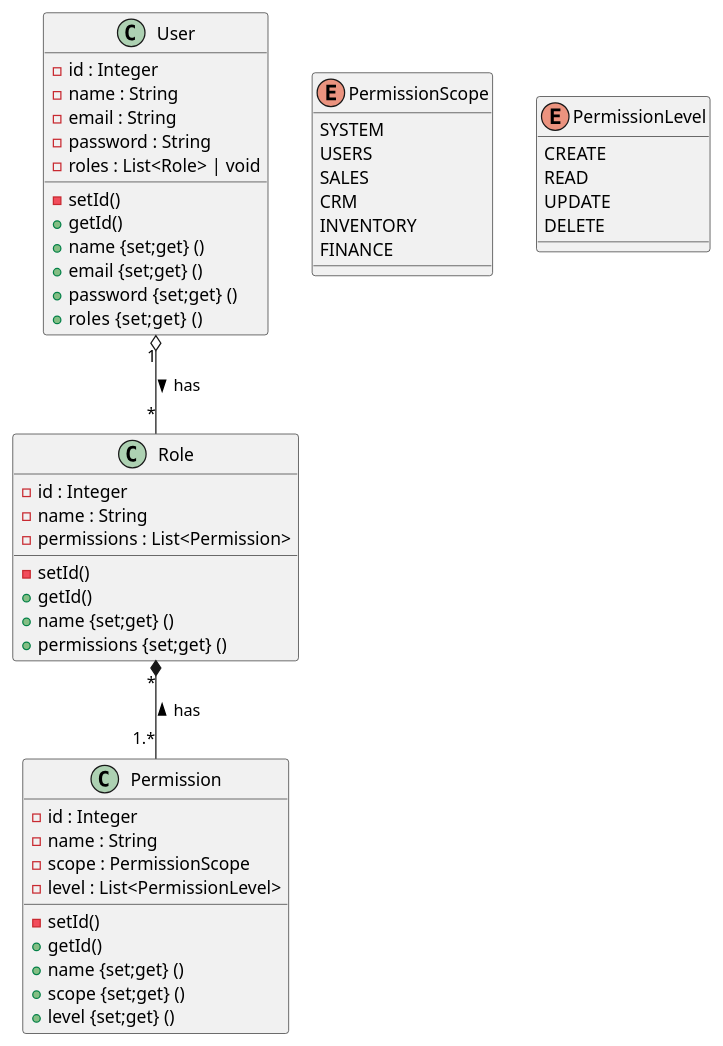
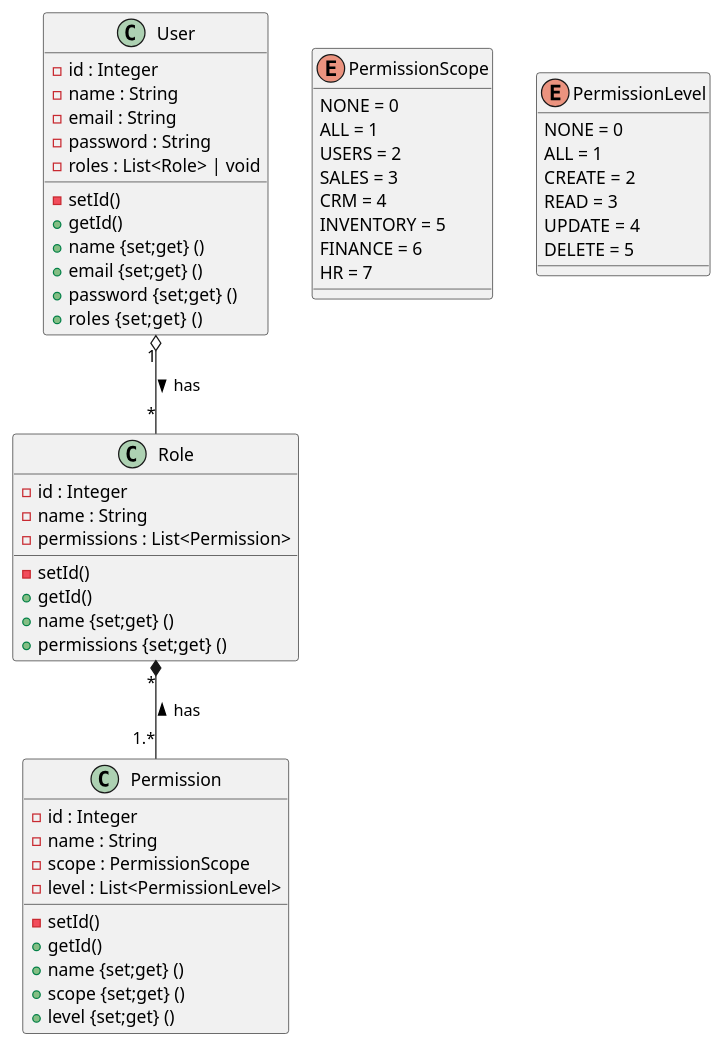
Before and after one commit to ines-erp/knowledgebase: the diagram in Diagrams/2 - Classes/UserCreation.puml, drawn with PlantUML. The commit also changed 1 other file, not shown here.

```diff
--- a/Diagrams/2 - Classes/UserCreation.puml
+++ b/Diagrams/2 - Classes/UserCreation.puml
@@ -1,73 +1,77 @@
 @startuml
 'https://plantuml.com/class-diagram
 
 class User{
     - id : Integer
     - name : String
     - email : String
     - password : String
     - roles : List<Role> | void
 
     - setId()
     + getId()
     + name {set;get} ()
     + email {set;get} ()
     + password {set;get} ()
     + roles  {set;get} ()
 }
 
 class Role {
     - id : Integer
     - name : String
     - permissions : List<Permission>
 
     - setId()
     + getId()
     + name {set;get} ()
     + permissions {set;get} ()
 }
 
 class Permission{
     - id : Integer
     - name : String
     - scope : PermissionScope
     - level : List<PermissionLevel>
 
     - setId()
     + getId()
     + name {set;get} ()
     + scope {set;get} ()
     + level {set;get} ()
 }
 
 'class Profile{
 '
 '}
 '
 'class Address
 '
 '
 'class Notification
 
 
 User "1"  o-- "*" Role : > has
 Role "*" *-- "1.*" Permission : < has
 
 
 enum PermissionScope{
-    SYSTEM
-    USERS
-    SALES
-    CRM
-    INVENTORY
-    FINANCE
+    NONE = 0
+    ALL = 1
+    USERS = 2
+    SALES = 3
+    CRM = 4
+    INVENTORY = 5
+    FINANCE = 6
+    HR = 7
 }
 
 enum PermissionLevel{
-    CREATE
-    READ
-    UPDATE
-    DELETE
+    NONE = 0
+    ALL = 1
+    CREATE = 2
+    READ = 3
+    UPDATE = 4
+    DELETE = 5
 }
 
 @enduml
```
